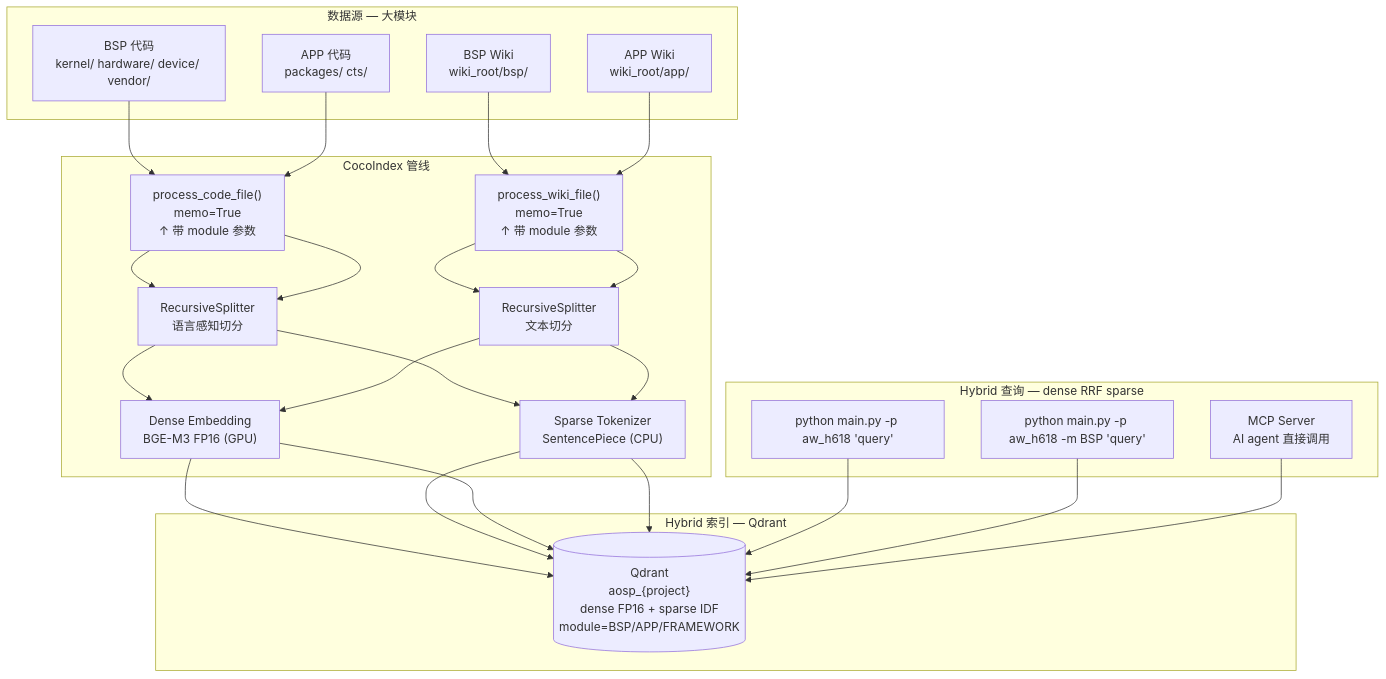
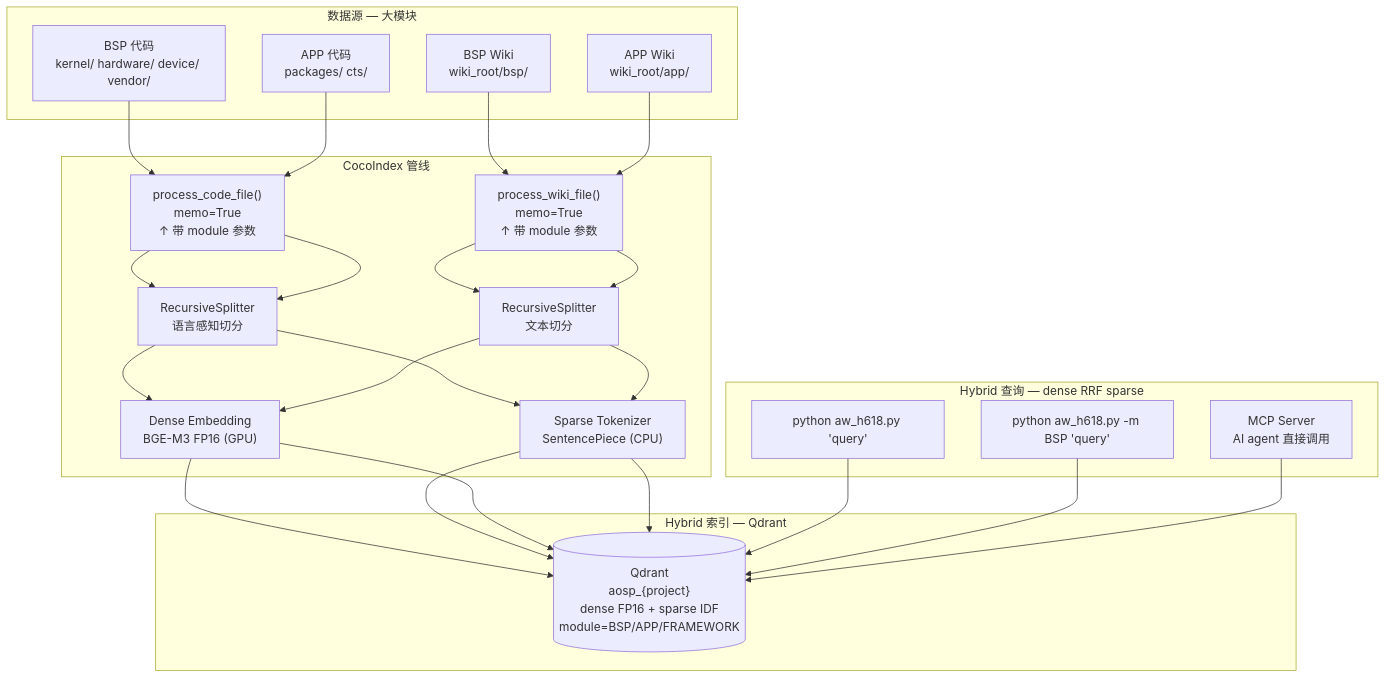
The diagram in examples/aosp_learning/README.md (qkaibo/cocoindex), drawn with Mermaid before and after one commit. The commit also changed other lines of this file and 4 other files, not shown here.

````diff
--- a/examples/aosp_learning/README.md
+++ b/examples/aosp_learning/README.md
@@ -235,42 +236,42 @@
 ```mermaid
 graph TB
     subgraph Sources["数据源 — 大模块"]
         BSP_CODE["BSP 代码<br/>kernel/ hardware/ device/ vendor/"]
         BSP_WIKI["BSP Wiki<br/>wiki_root/bsp/"]
         APP_CODE["APP 代码<br/>packages/ cts/"]
         APP_WIKI["APP Wiki<br/>wiki_root/app/"]
     end
 
     subgraph Processing["CocoIndex 管线"]
         CODEFN["process_code_file()<br/>memo=True<br/>↑ 带 module 参数"]
         WIKIFN["process_wiki_file()<br/>memo=True<br/>↑ 带 module 参数"]
 
         SPLIT_C["RecursiveSplitter<br/>语言感知切分"]
         SPLIT_W["RecursiveSplitter<br/>文本切分"]
 
         DENSE["Dense Embedding<br/>BGE-M3 FP16 (GPU)"]
         SPARSE["Sparse Tokenizer<br/>SentencePiece (CPU)"]
     end
 
     subgraph Storage["Hybrid 索引 — Qdrant"]
         QDRANT[("Qdrant<br/>aosp_{project}<br/>dense FP16 + sparse IDF<br/>module=BSP/APP/FRAMEWORK")]
     end
 
     subgraph Query["Hybrid 查询 — dense RRF sparse"]
-        SEARCH_ALL["python main.py -p aw_h618 'query'"]
-        SEARCH_MOD["python main.py -p aw_h618 -m BSP 'query'"]
+        SEARCH_ALL["python aw_h618.py 'query'"]
+        SEARCH_MOD["python aw_h618.py -m BSP 'query'"]
         MCP["MCP Server<br/>AI agent 直接调用"]
     end
 
     BSP_CODE --> CODEFN
     APP_CODE --> CODEFN
     BSP_WIKI --> WIKIFN
     APP_WIKI --> WIKIFN
     CODEFN --> SPLIT_C --> DENSE --> QDRANT
     CODEFN --> SPLIT_C --> SPARSE --> QDRANT
     WIKIFN --> SPLIT_W --> DENSE --> QDRANT
     WIKIFN --> SPLIT_W --> SPARSE --> QDRANT
     SEARCH_ALL --> QDRANT
     SEARCH_MOD --> QDRANT
     MCP --> QDRANT
 ```
````
